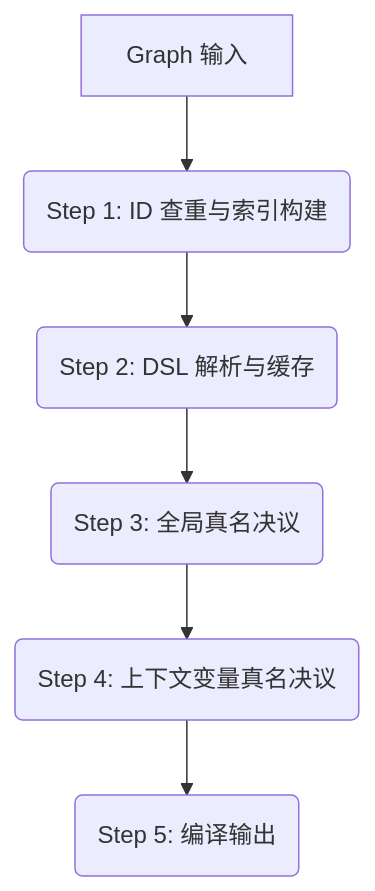
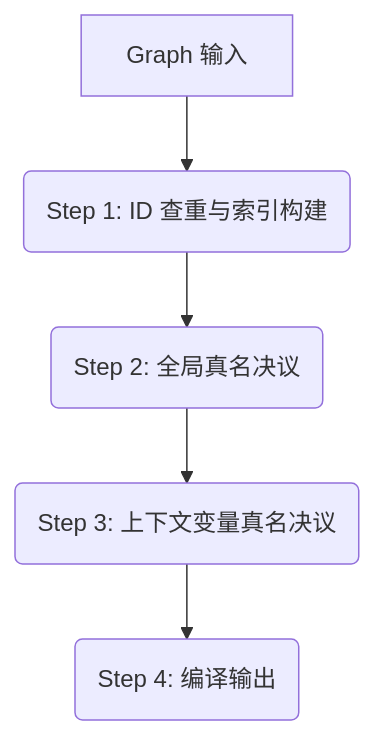
Before and after one commit to Siridelta/destra: the diagram in .ai/技术笔记/JS路线/默认模式/图表编译与导出/index.md, drawn with Mermaid. The commit also changed other lines of this file and 3 other files, not shown here.

````diff
--- a/.ai/技术笔记/JS路线/默认模式/图表编译与导出/index.md
+++ b/.ai/技术笔记/JS路线/默认模式/图表编译与导出/index.md
@@ -118,8 +121,7 @@
 ```mermaid
 graph TD
     A[Graph 输入] --> B(Step 1: ID 查重与索引构建)
-    B --> C(Step 2: DSL 解析与缓存)
-    C --> D(Step 3: 全局真名决议)
-    D --> E(Step 4: 上下文变量真名决议)
-    E --> F(Step 5: 编译输出)
+    B --> C(Step 2: 全局真名决议)
+    C --> D(Step 3: 上下文变量真名决议)
+    D --> E(Step 4: 编译输出)
 ```
````
